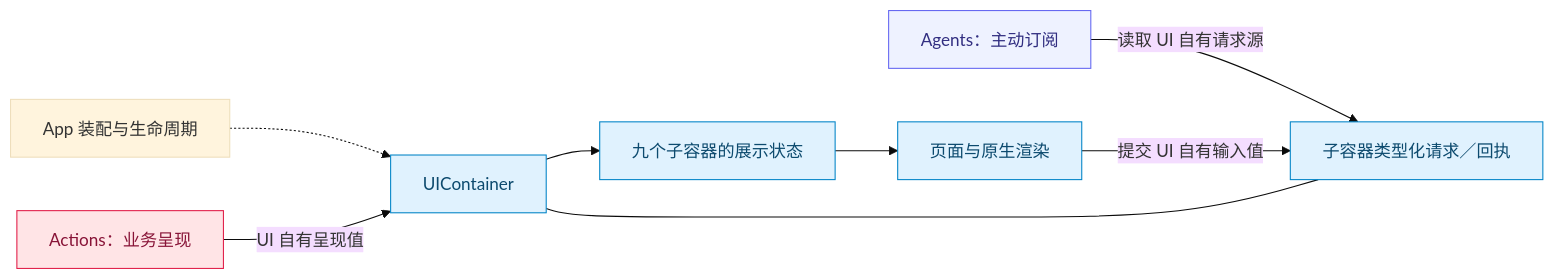
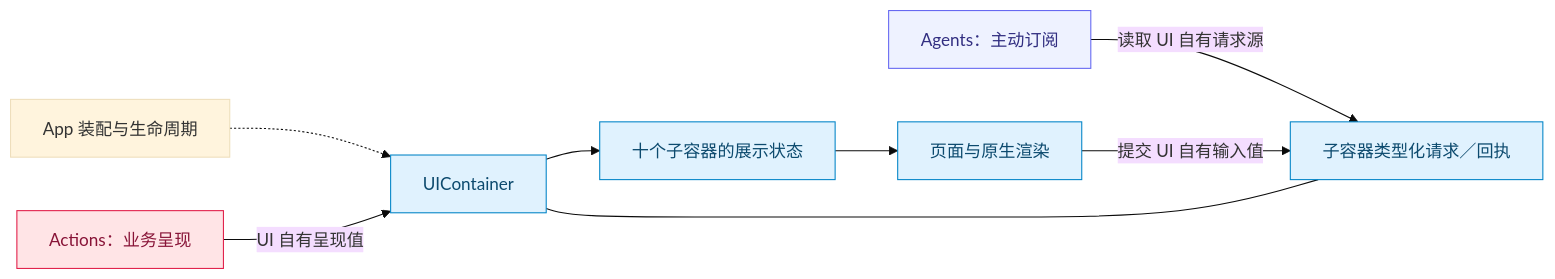
The diagram in MobileHarness/UI/README.md (devilyouwei/MobileHarness), drawn with Mermaid (base theme) before and after one commit. The commit also changed other lines of this file and 99 other files, not shown here.

````diff
--- a/MobileHarness/UI/README.md
+++ b/MobileHarness/UI/README.md
@@ -17,16 +19,16 @@
 ```mermaid
 flowchart LR
  App["App 装配与生命周期"] -.-> Root["UIContainer"]
  Agent["Agents：主动订阅"] -->|"读取 UI 自有请求源"| Requests["子容器类型化请求／回执"]
  Actions["Actions：业务呈现"] -->|"UI 自有呈现值"| Root
- Root --> State["九个子容器的展示状态"]
+ Root --> State["十个子容器的展示状态"]
  State --> Views["页面与原生渲染"]
  Views -->|"提交 UI 自有输入值"| Requests
  Root --- Requests
  classDef ui fill:#e0f2fe,stroke:#0284c7,color:#0c4a6e
  classDef agent fill:#eef2ff,stroke:#6366f1,color:#312e81
  classDef action fill:#ffe4e6,stroke:#e11d48,color:#881337
  class Root,State,Views,Requests ui
  class Agent agent
  class Actions action
 ```
````
